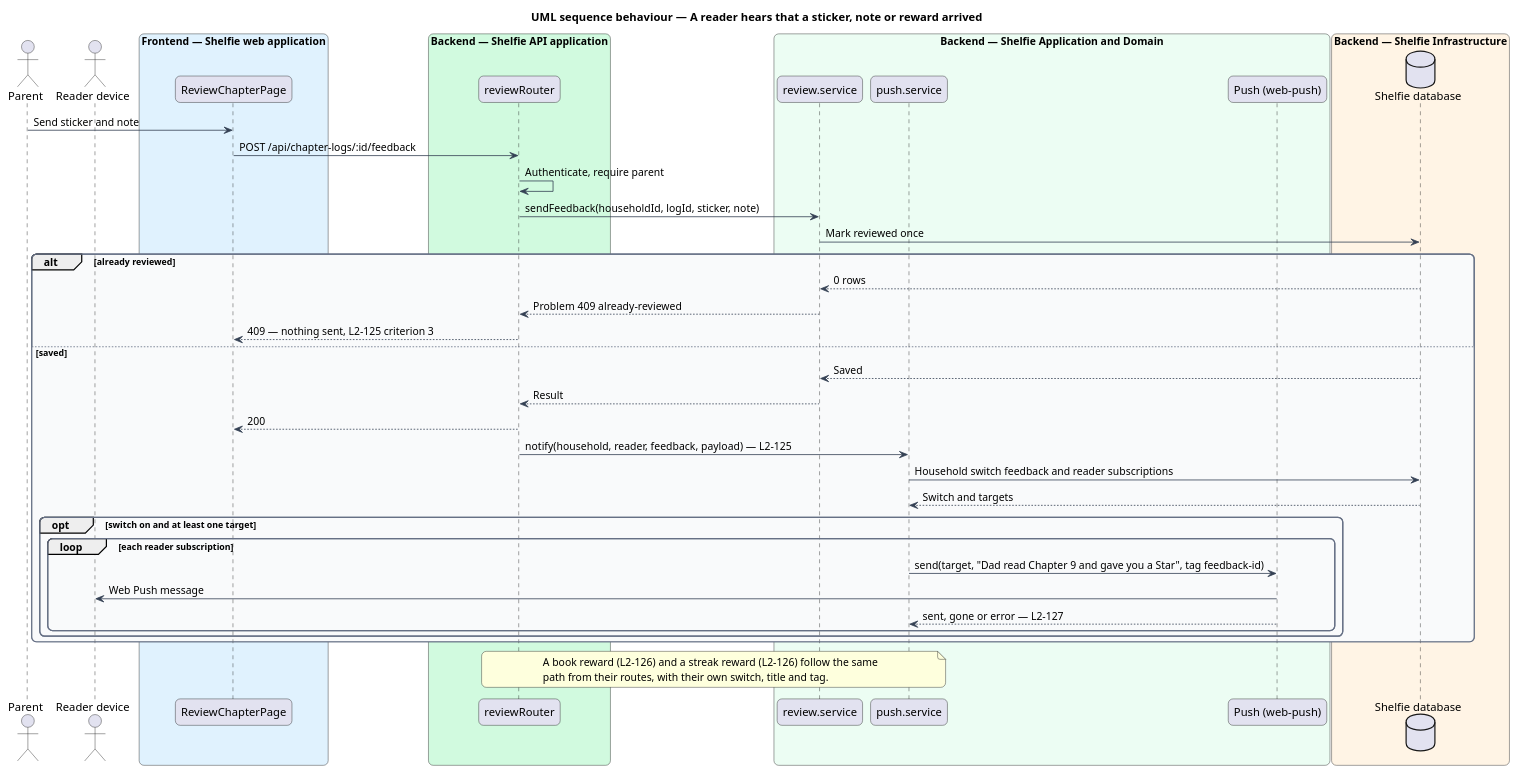
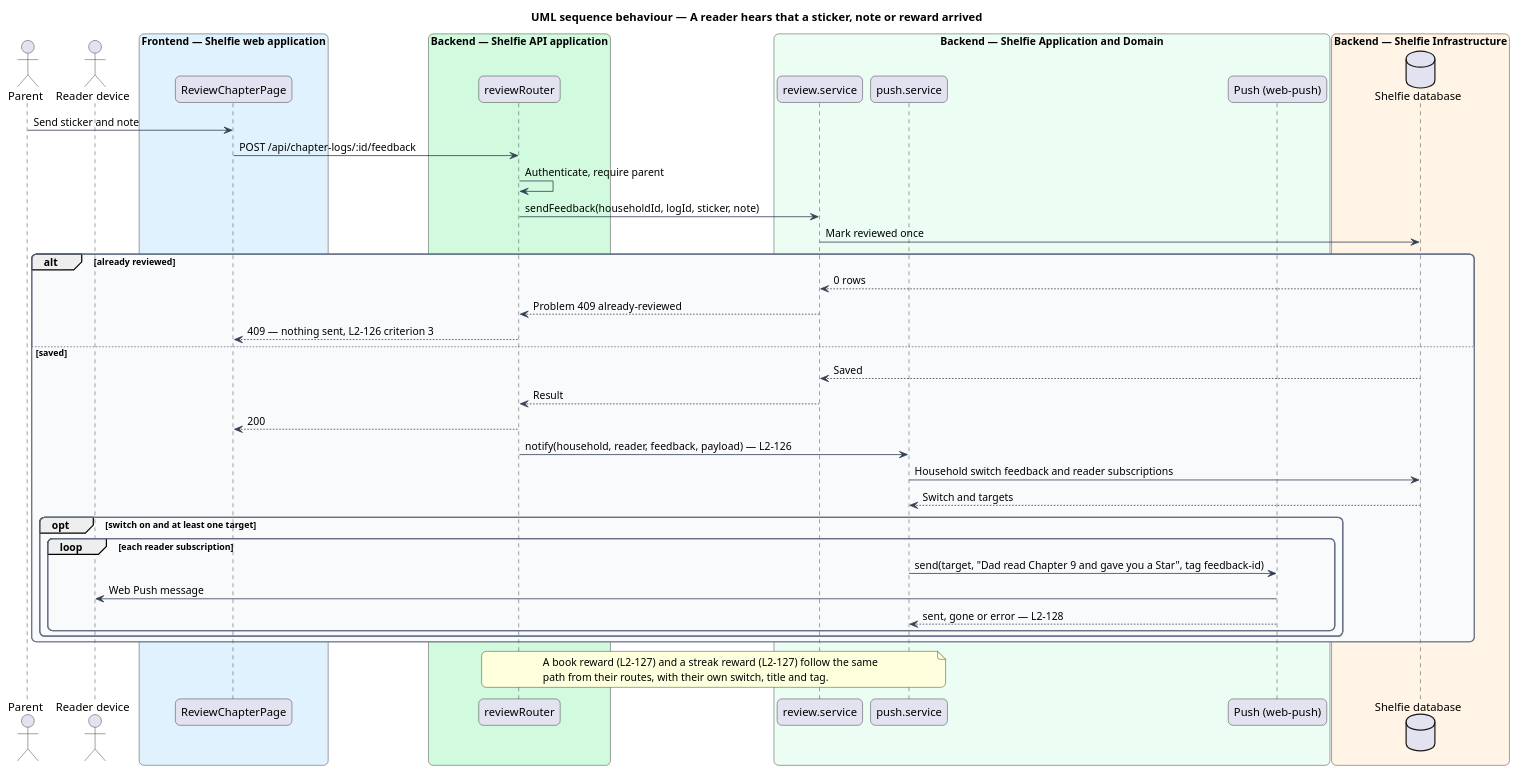
Before and after one commit to QuinntyneBrown/shelfie: the diagram in docs/detailed-designs/shell/push-notifications/diagrams/sequence-feedback.puml, drawn with PlantUML. The commit also changed 62 other files, not shown here.

```diff
--- a/docs/detailed-designs/shell/push-notifications/diagrams/sequence-feedback.puml
+++ b/docs/detailed-designs/shell/push-notifications/diagrams/sequence-feedback.puml
@@ -1,61 +1,61 @@
 @startuml
 title UML sequence behaviour — A reader hears that a sticker, note or reward arrived
 skinparam backgroundColor #FFFFFF
 skinparam shadowing false
 skinparam roundcorner 12
 skinparam defaultFontName Arial
 skinparam ArrowColor #344054
 skinparam rectangle {
   BorderColor #344054
   FontColor #101828
 }
 skinparam package {
   BorderColor #667085
   FontColor #101828
   BackgroundColor #F9FAFB
 }
 actor "Parent" as parent
 actor "Reader device" as readerdev
 box "Frontend — Shelfie web application" #E0F2FE
   participant "ReviewChapterPage" as page
 end box
 box "Backend — Shelfie API application" #D1FADF
   participant "reviewRouter" as router
 end box
 box "Backend — Shelfie Application and Domain" #ECFDF3
   participant "review.service" as review
   participant "push.service" as push
   participant "Push (web-push)" as sender
 end box
 box "Backend — Shelfie Infrastructure" #FFF4E5
   database "Shelfie database" as db
 end box
 parent -> page : Send sticker and note
 page -> router : POST /api/chapter-logs/:id/feedback
 router -> router : Authenticate, require parent
 router -> review : sendFeedback(householdId, logId, sticker, note)
 review -> db : Mark reviewed once
 alt already reviewed
   db --> review : 0 rows
   review --> router : Problem 409 already-reviewed
-  router --> page : 409 — nothing sent, L2-125 criterion 3
+  router --> page : 409 — nothing sent, L2-126 criterion 3
 else saved
   db --> review : Saved
   review --> router : Result
   router --> page : 200
-  router -> push : notify(household, reader, feedback, payload) — L2-125
+  router -> push : notify(household, reader, feedback, payload) — L2-126
   push -> db : Household switch feedback and reader subscriptions
   db --> push : Switch and targets
   opt switch on and at least one target
     loop each reader subscription
       push -> sender : send(target, "Dad read Chapter 9 and gave you a Star", tag feedback-id)
       sender -> readerdev : Web Push message
-      sender --> push : sent, gone or error — L2-127
+      sender --> push : sent, gone or error — L2-128
     end
   end
 end
 note over router, push
-A book reward (L2-126) and a streak reward (L2-126) follow the same
+A book reward (L2-127) and a streak reward (L2-127) follow the same
 path from their routes, with their own switch, title and tag.
 end note
 @enduml
```
